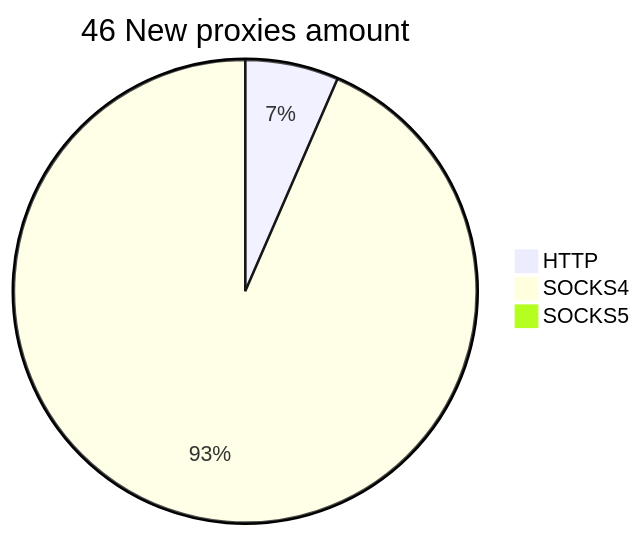
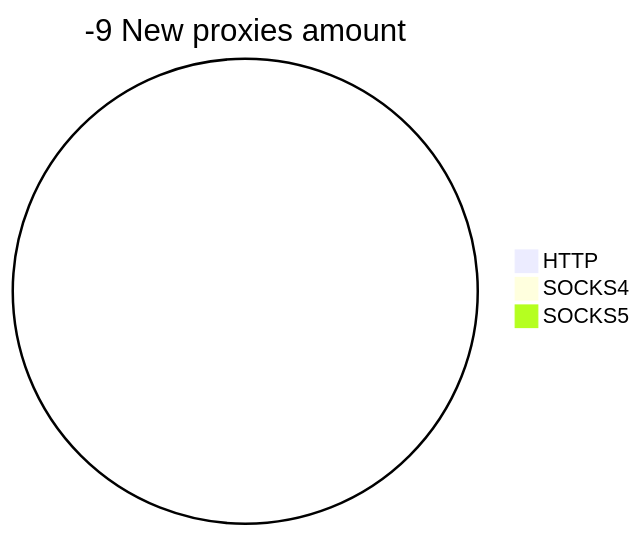
The second of 2 diagrams in README.md (cutipu/proxylist), drawn with Mermaid before and after one commit. The commit also changed other lines of this file, not shown here.

````diff
--- a/README.md
+++ b/README.md
@@ -10,6 +10,6 @@
 ```mermaid
-pie title 46 New proxies amount
-    "HTTP" : 3
-    "SOCKS4" : 43
+pie title -9 New proxies amount
+    "HTTP" : 0
+    "SOCKS4" : 0
     "SOCKS5" : 0
 ```
````
